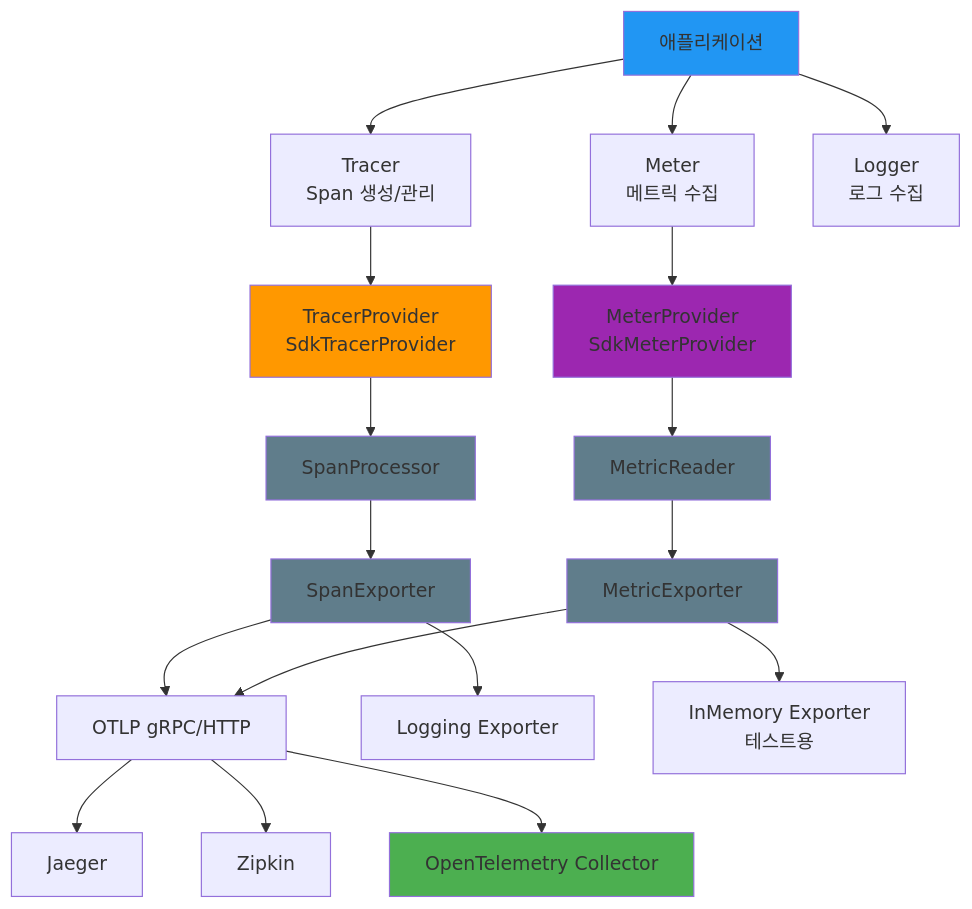
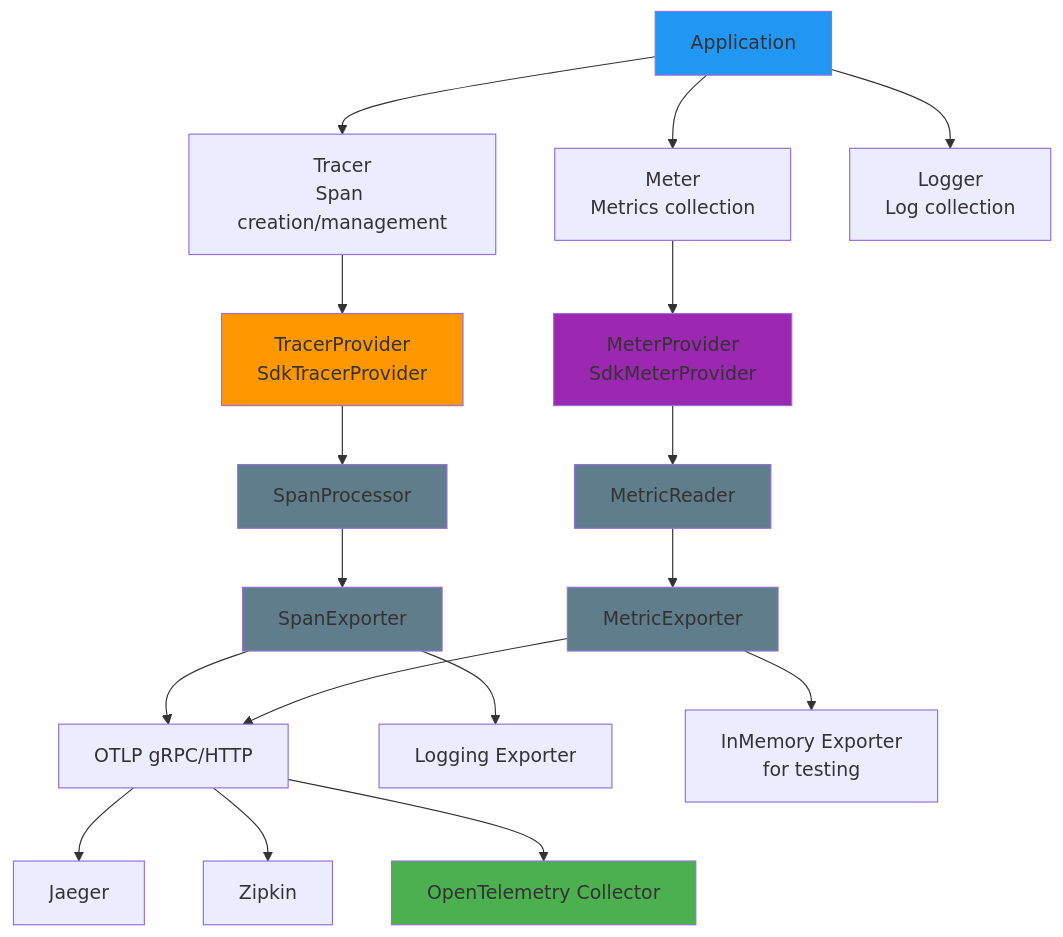
The second of 4 diagrams in infra/opentelemetry/README.md (bluetape4k/bluetape4k-projects), drawn with Mermaid before and after one commit. The commit also changed other lines of this file and 265 other files, not shown here.

````diff
--- a/infra/opentelemetry/README.md
+++ b/infra/opentelemetry/README.md
@@ -314,33 +317,33 @@
 ```mermaid
 flowchart TD
-    App[애플리케이션] --> Tracer[Tracer<br/>Span 생성/관리]
-    App --> Meter[Meter<br/>메트릭 수집]
-    App --> Logger[Logger<br/>로그 수집]
+    App[Application] --> Tracer[Tracer<br/>Span creation/management]
+    App --> Meter[Meter<br/>Metrics collection]
+    App --> Logger[Logger<br/>Log collection]
 
     Tracer --> TP[TracerProvider<br/>SdkTracerProvider]
     Meter --> MP[MeterProvider<br/>SdkMeterProvider]
 
     TP --> SP[SpanProcessor]
     SP --> SE[SpanExporter]
 
     MP --> MR[MetricReader]
     MR --> ME[MetricExporter]
 
     SE --> OTLP[OTLP gRPC/HTTP]
     SE --> LogExp[Logging Exporter]
     ME --> OTLP
-    ME --> InMem[InMemory Exporter<br/>테스트용]
+    ME --> InMem[InMemory Exporter<br/>for testing]
 
     OTLP --> Jaeger[Jaeger]
     OTLP --> Zipkin[Zipkin]
     OTLP --> OtelCol[OpenTelemetry Collector]
 
     style App fill:#2196F3
     style TP fill:#FF9800
     style MP fill:#9C27B0
     style OtelCol fill:#4CAF50
     style SP fill:#607D8B
     style SE fill:#607D8B
     style MR fill:#607D8B
     style ME fill:#607D8B
 ```
````
